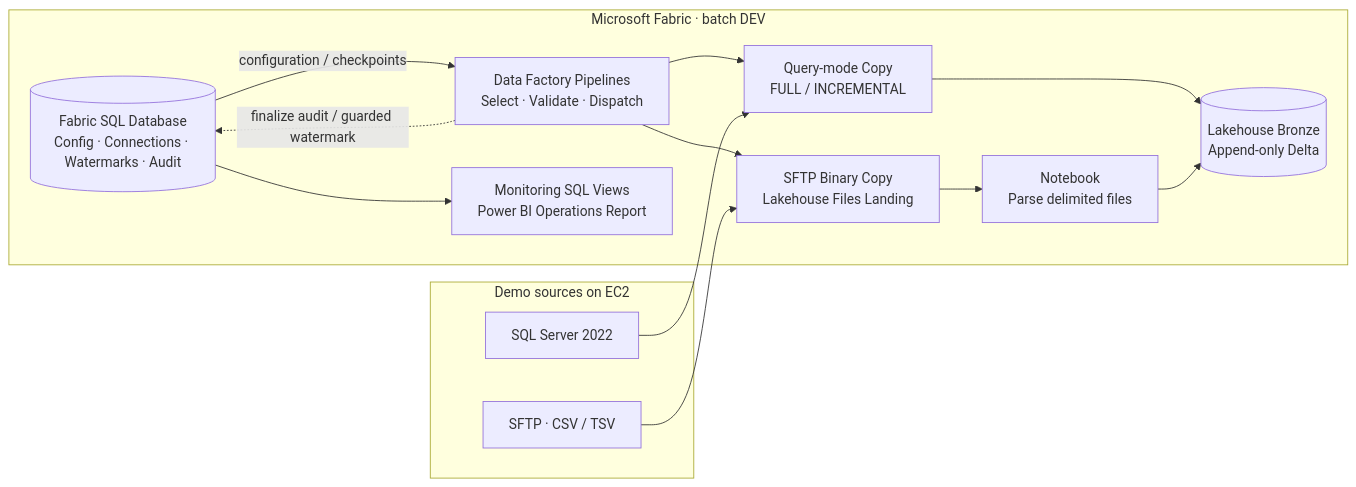
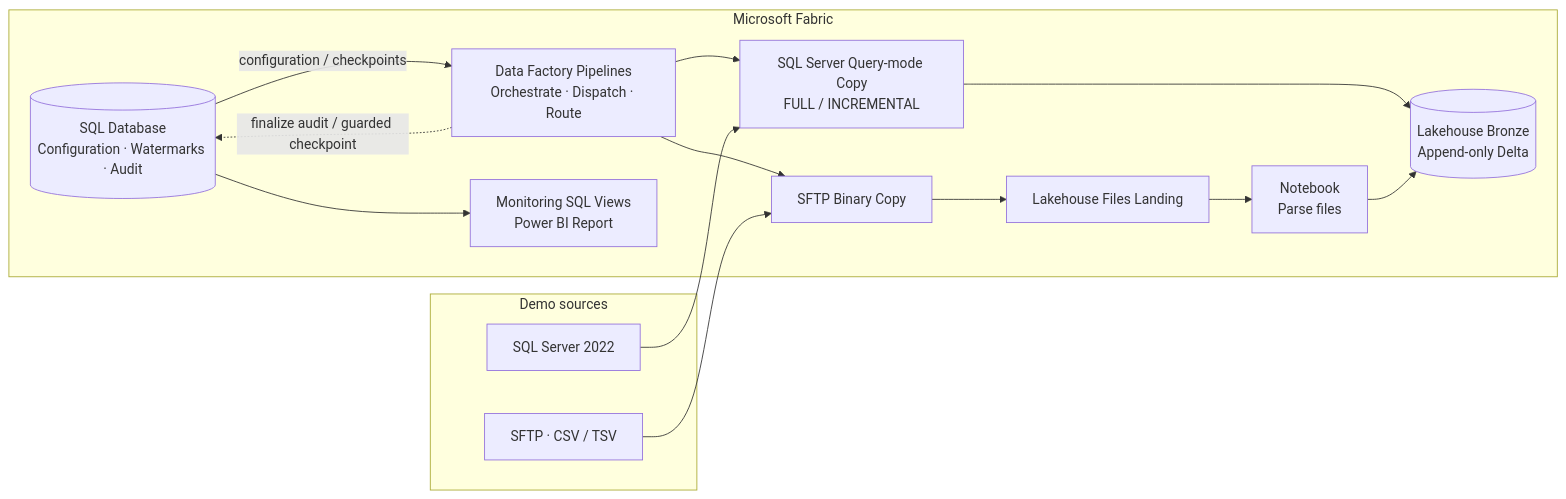
The diagram in README.md (getnkit/fabric-metadata-driven-ingestion), drawn with Mermaid before and after one commit. The commit also changed other lines of this file, not shown here.

````diff
--- a/README.md
+++ b/README.md
@@ -22,23 +9,24 @@
 ```mermaid
 flowchart LR
-    subgraph SRC["Demo sources on EC2"]
+    subgraph SOURCES["Demo sources"]
         SQL["SQL Server 2022"]
         SFTP["SFTP · CSV / TSV"]
     end
-    subgraph FABRIC["Microsoft Fabric · batch DEV"]
-        CP[("Fabric SQL Database<br/>Config · Connections · Watermarks · Audit")]
-        ORCH["Data Factory Pipelines<br/>Select · Validate · Dispatch"]
-        SQLCOPY["Query-mode Copy<br/>FULL / INCREMENTAL"]
-        LAND["SFTP Binary Copy<br/>Lakehouse Files Landing"]
-        NB["Notebook<br/>Parse delimited files"]
+    subgraph FABRIC["Microsoft Fabric"]
+        META[("SQL Database<br/>Configuration · Watermarks · Audit")]
+        ORCH["Data Factory Pipelines<br/>Orchestrate · Dispatch · Route"]
+        DBCOPY["SQL Server Query-mode Copy<br/>FULL / INCREMENTAL"]
+        FCOPY["SFTP Binary Copy"]
+        LAND["Lakehouse Files Landing"]
+        NB["Notebook<br/>Parse files"]
         BRONZE[("Lakehouse Bronze<br/>Append-only Delta")]
-        OPS["Monitoring SQL Views<br/>Power BI Operations Report"]
+        MON["Monitoring SQL Views<br/>Power BI Report"]
     end
-    CP -->|"configuration / checkpoints"| ORCH
-    ORCH --> SQLCOPY
-    ORCH --> LAND
-    SQL --> SQLCOPY --> BRONZE
-    SFTP --> LAND --> NB --> BRONZE
-    ORCH -.->|"finalize audit / guarded watermark"| CP
-    CP --> OPS
+    META -->|"configuration / checkpoints"| ORCH
+    ORCH --> DBCOPY
+    ORCH --> FCOPY
+    SQL --> DBCOPY --> BRONZE
+    SFTP --> FCOPY --> LAND --> NB --> BRONZE
+    ORCH -.->|"finalize audit / guarded checkpoint"| META
+    META --> MON
 ```
````
